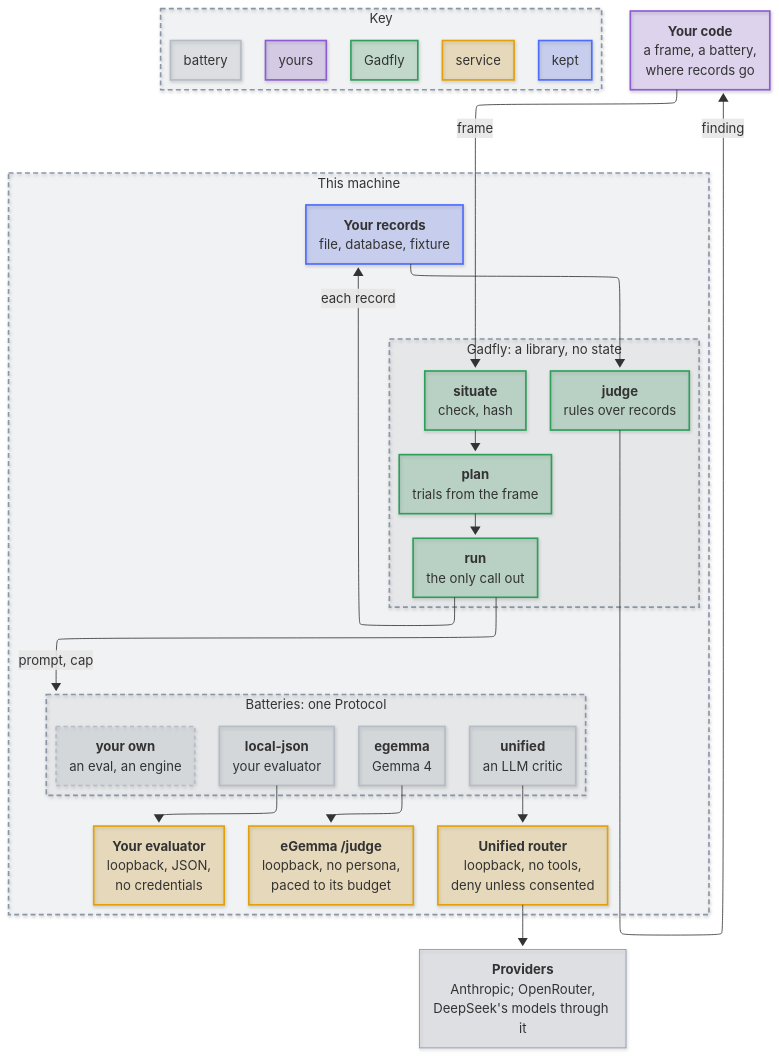
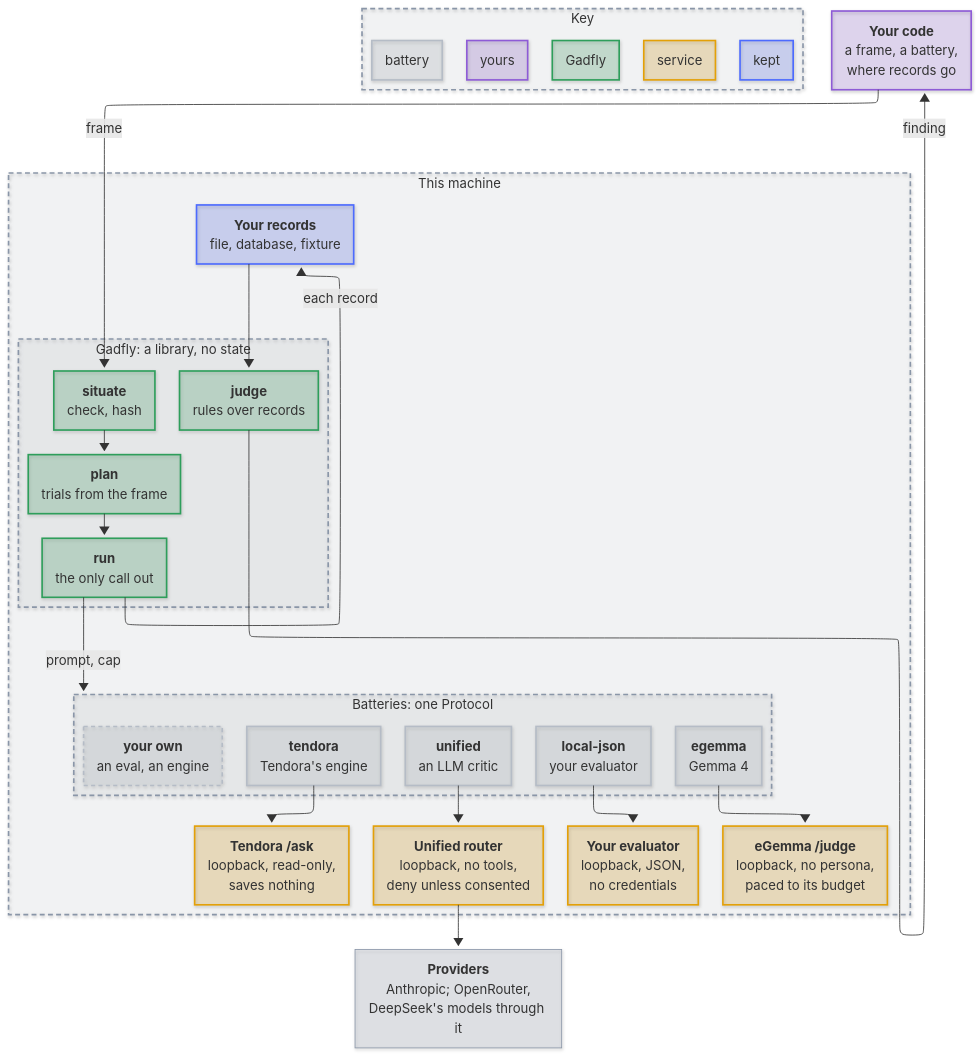
One commit to mirzahusadzic/gadfly changed the diagram in docs/architecture.md. Above: the diagram before and after it, drawn with Mermaid. The commit also changed 8 other files, not shown here.

```diff
--- a/docs/architecture.md
+++ b/docs/architecture.md
@@ -63,11 +63,13 @@
             UN["<b>unified</b><br/>an LLM critic"]
             EB["<b>egemma</b><br/>Gemma 4"]
             LJ["<b>local-json</b><br/>your evaluator"]
+            TD["<b>tendora</b><br/>Tendora's engine"]
             OW["<b>your own</b><br/>an eval, an engine"]
         end
         RT["<b>Unified router</b><br/>loopback, no tools,<br/>deny unless consented"]
         ES["<b>eGemma /judge</b><br/>loopback, no persona,<br/>paced to its budget"]
         LE["<b>Your evaluator</b><br/>loopback, JSON,<br/>no credentials"]
+        TS["<b>Tendora /ask</b><br/>loopback, read-only,<br/>saves nothing"]
     end
     PV["<b>Providers</b><br/>Anthropic; OpenRouter,<br/>DeepSeek's models through it"]
     subgraph K["Key"]
@@ -83,6 +85,7 @@
     UN --> RT --> PV
     EB --> ES
     LJ --> LE
+    TD --> TS
     RU -->|"each record"| ST
     ST --> JU
     JU -->|"finding"| YOU
@@ -96,8 +99,8 @@
     classDef group fill:#8a96a814,stroke:#8a96a8,stroke-width:2px,stroke-dasharray:6 4
     class YOU person
     class SI,PL,RU,JU engine
-    class UN,EB,LJ,OW interface
-    class RT,ES,LE service
+    class UN,EB,LJ,TD,OW interface
+    class RT,ES,LE,TS service
     class ST kept
     class M,G,B,K group
     class K1 person
```
